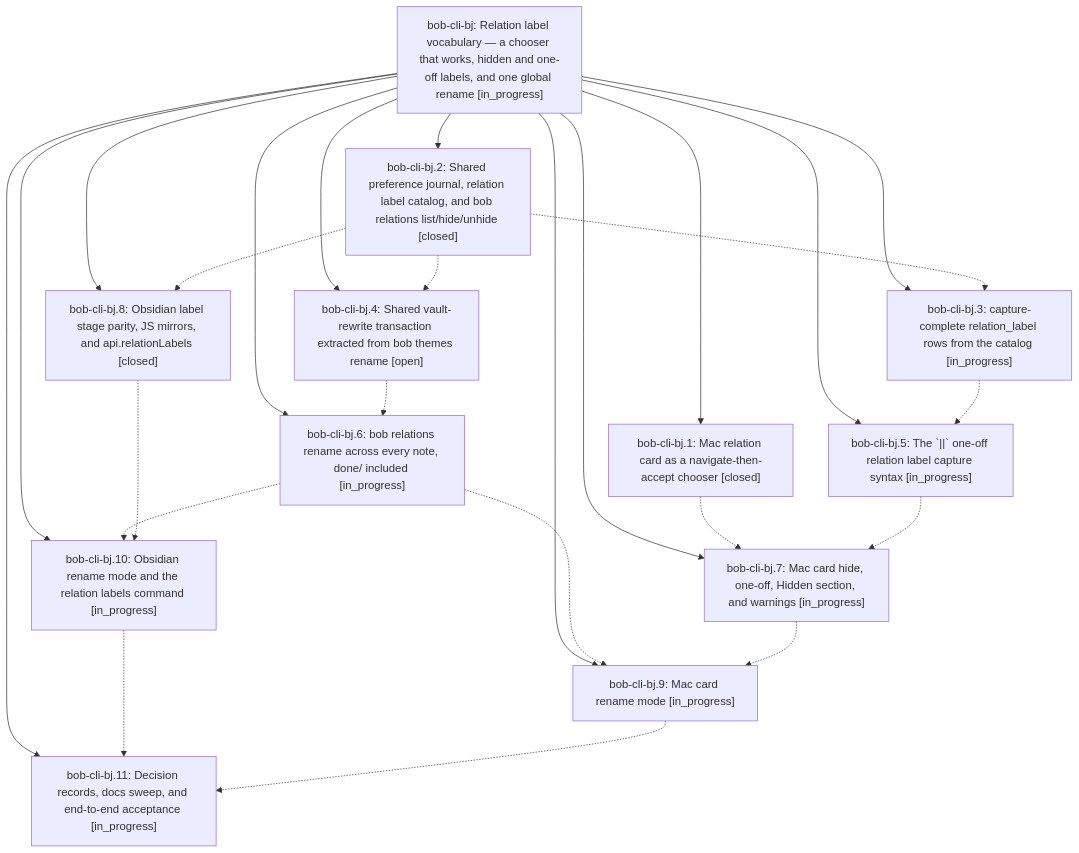
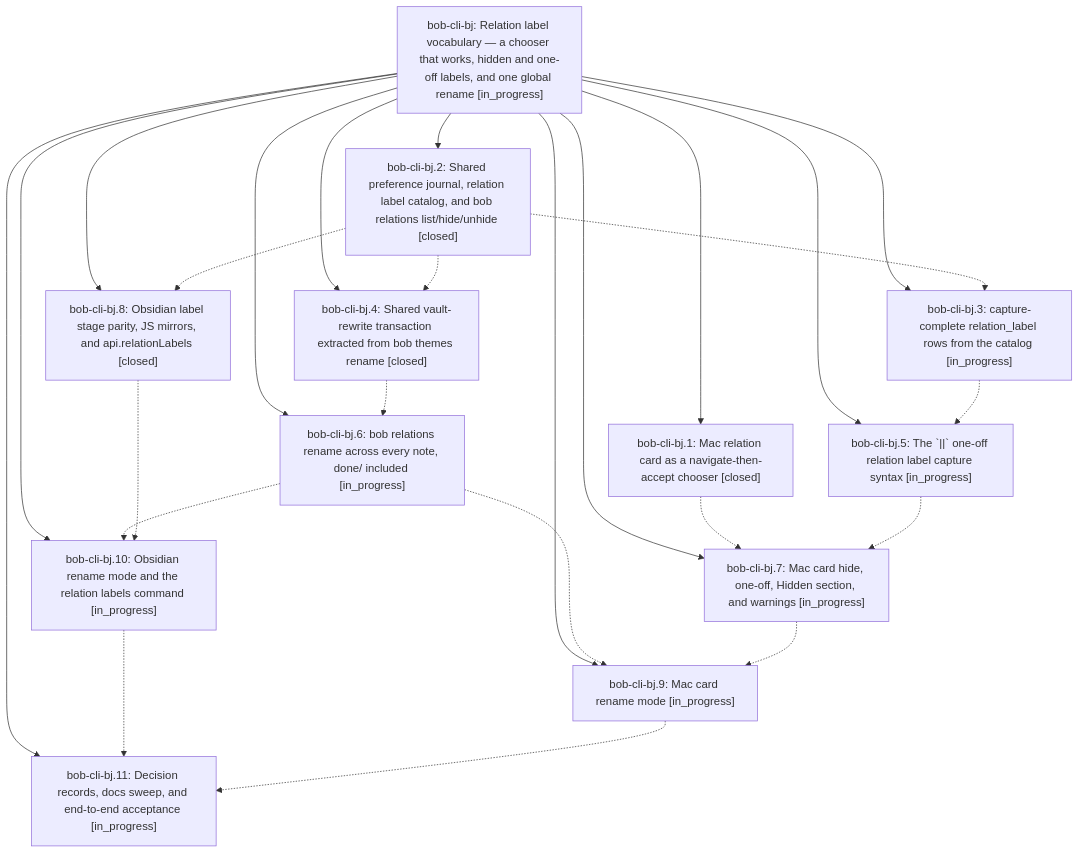
The diagram in pages/bob-cli-bj/README.md (bobs-org/bob-cli--beads), drawn with Mermaid before and after one commit. The commit also changed other lines of this file and 4 other files, not shown here.

First line of the commit message:
chore(beads): sync bead state and pages for bob-cli-bj

````diff
--- a/pages/bob-cli-bj/README.md
+++ b/pages/bob-cli-bj/README.md
@@ -46,39 +46,39 @@
 ```mermaid
 flowchart TD
     n0["bob-cli-bj: Relation label vocabulary — a chooser that works, hidden and one-off labels, and one global rename [in_progress]"]
     n1["bob-cli-bj.1: Mac relation card as a navigate-then-accept chooser [closed]"]
     n2["bob-cli-bj.10: Obsidian rename mode and the relation labels command [in_progress]"]
     n3["bob-cli-bj.11: Decision records, docs sweep, and end-to-end acceptance [in_progress]"]
     n4["bob-cli-bj.2: Shared preference journal, relation label catalog, and bob relations list/hide/unhide [closed]"]
     n5["bob-cli-bj.3: capture-complete relation_label rows from the catalog [in_progress]"]
-    n6["bob-cli-bj.4: Shared vault-rewrite transaction extracted from bob themes rename [open]"]
+    n6["bob-cli-bj.4: Shared vault-rewrite transaction extracted from bob themes rename [closed]"]
     n7["bob-cli-bj.5: The `||` one-off relation label capture syntax [in_progress]"]
     n8["bob-cli-bj.6: bob relations rename across every note, done/ included [in_progress]"]
     n9["bob-cli-bj.7: Mac card hide, one-off, Hidden section, and warnings [in_progress]"]
     n10["bob-cli-bj.8: Obsidian label stage parity, JS mirrors, and api.relationLabels [closed]"]
     n11["bob-cli-bj.9: Mac card rename mode [in_progress]"]
     n0 --> n1
     n0 --> n2
     n0 --> n3
     n0 --> n4
     n0 --> n5
     n0 --> n6
     n0 --> n7
     n0 --> n8
     n0 --> n9
     n0 --> n10
     n0 --> n11
     n1 -.-> n9
     n2 -.-> n3
     n4 -.-> n5
     n4 -.-> n6
     n4 -.-> n10
     n5 -.-> n7
     n6 -.-> n8
     n7 -.-> n9
     n8 -.-> n2
     n8 -.-> n11
     n9 -.-> n11
     n10 -.-> n2
     n11 -.-> n3
 ```
````
